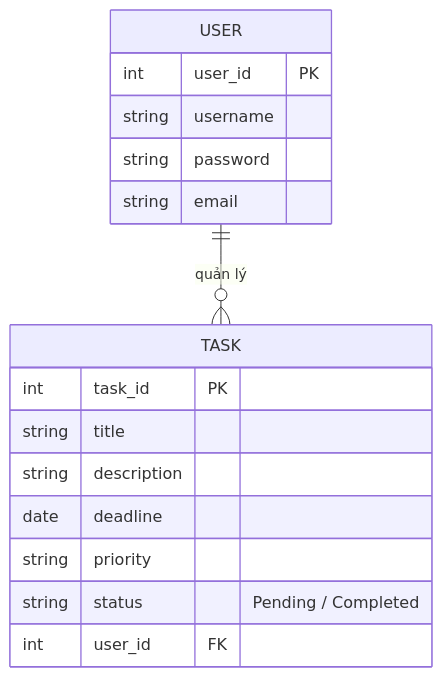
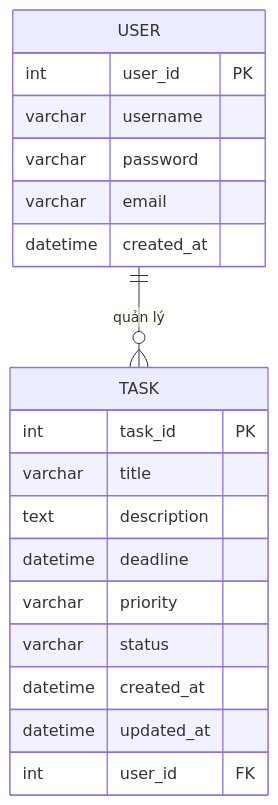
The fourth of 5 diagrams in ANALYSIS.md (anhngocto-prog/He-thong-quan-ly-va-theo-doi-tien-do-cong-viec-ca-nhan), drawn with Mermaid before and after one commit. The commit also changed other lines of this file, not shown here.

````diff
--- a/ANALYSIS.md
+++ b/ANALYSIS.md
@@ -147,21 +269,25 @@
 ```mermaid
 erDiagram
+
     USER ||--o{ TASK : "quản lý"
 
     USER {
         int user_id PK
-        string username
-        string password
-        string email
+        varchar username
+        varchar password
+        varchar email
+        datetime created_at
     }
 
     TASK {
         int task_id PK
-        string title
-        string description
-        date deadline
-        string priority
-        string status "Pending / Completed"
+        varchar title
+        text description
+        datetime deadline
+        varchar priority
+        varchar status
+        datetime created_at
+        datetime updated_at
         int user_id FK
     }
 ```
````
